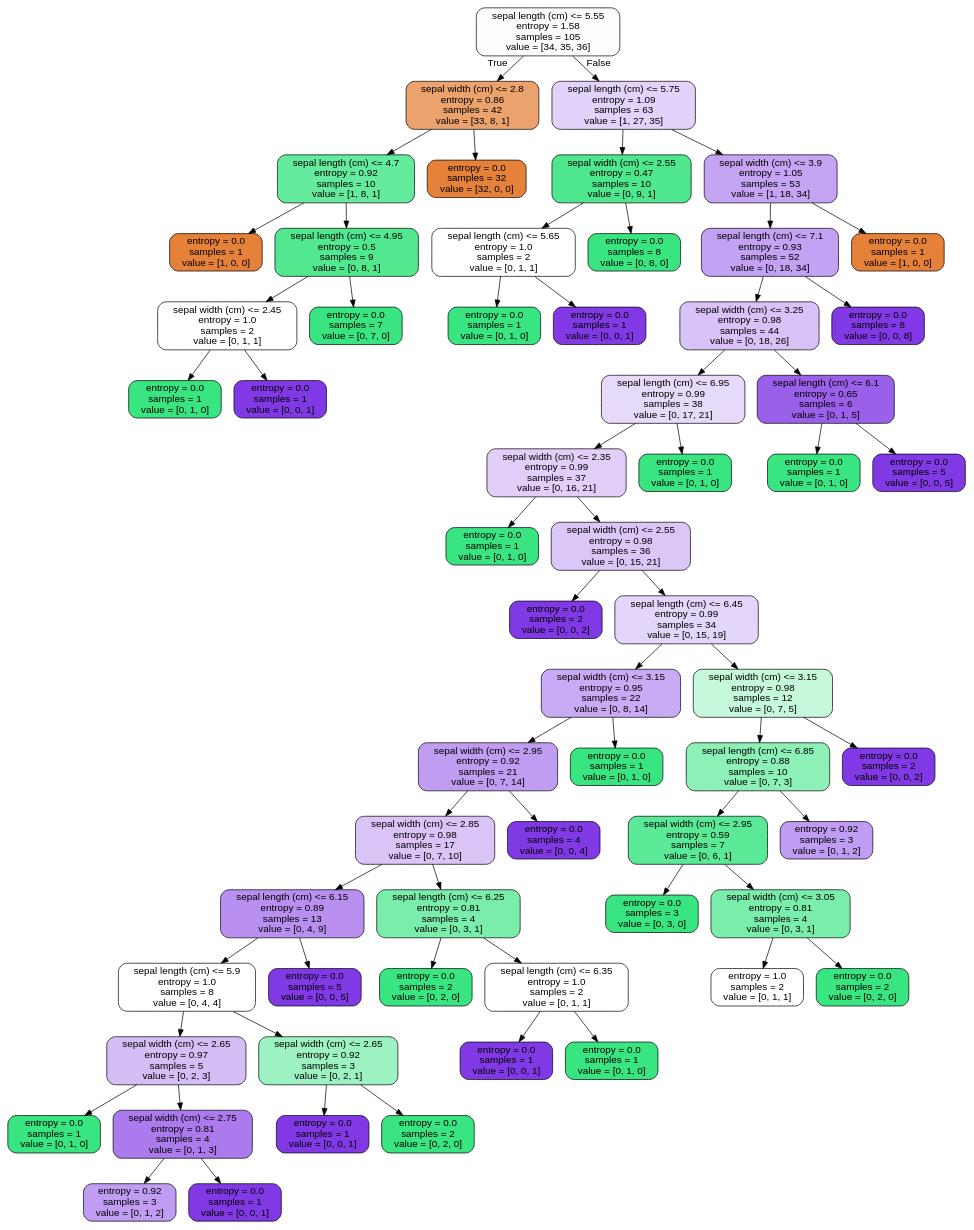
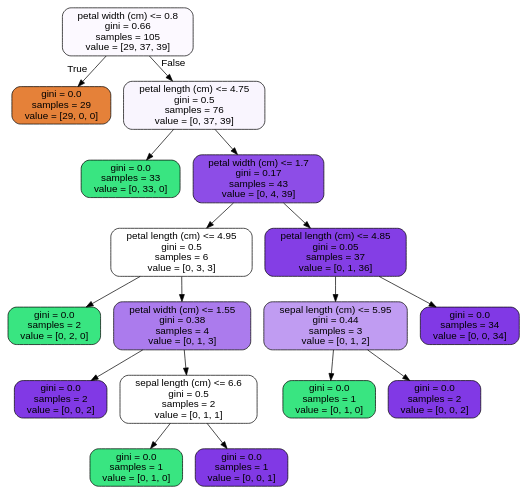
One commit to vahidghorbanian/Decision_Trees changed the diagram in tree.dot. Above: the diagram before and after it, drawn with Graphviz. The commit also changed 5 other files, not shown here.

```diff
--- a/tree.dot
+++ b/tree.dot
@@ -1,125 +1,37 @@
 digraph Tree {
 node [shape=box, style="filled, rounded", color="black", fontname=helvetica] ;
 edge [fontname=helvetica] ;
-0 [label="sepal length (cm) <= 5.55\nentropy = 1.58\nsamples = 105\nvalue = [34, 35, 36]", fillcolor="#8139e504"] ;
-1 [label="sepal width (cm) <= 2.8\nentropy = 0.86\nsamples = 42\nvalue = [33, 8, 1]", fillcolor="#e58139bc"] ;
+0 [label="petal width (cm) <= 0.8\ngini = 0.66\nsamples = 105\nvalue = [29, 37, 39]", fillcolor="#8139e507"] ;
+1 [label="gini = 0.0\nsamples = 29\nvalue = [29, 0, 0]", fillcolor="#e58139ff"] ;
 0 -> 1 [labeldistance=2.5, labelangle=45, headlabel="True"] ;
-2 [label="sepal length (cm) <= 4.7\nentropy = 0.92\nsamples = 10\nvalue = [1, 8, 1]", fillcolor="#39e581c6"] ;
-1 -> 2 ;
-3 [label="entropy = 0.0\nsamples = 1\nvalue = [1, 0, 0]", fillcolor="#e58139ff"] ;
+2 [label="petal length (cm) <= 4.75\ngini = 0.5\nsamples = 76\nvalue = [0, 37, 39]", fillcolor="#8139e50d"] ;
+0 -> 2 [labeldistance=2.5, labelangle=-45, headlabel="False"] ;
+3 [label="gini = 0.0\nsamples = 33\nvalue = [0, 33, 0]", fillcolor="#39e581ff"] ;
 2 -> 3 ;
-4 [label="sepal length (cm) <= 4.95\nentropy = 0.5\nsamples = 9\nvalue = [0, 8, 1]", fillcolor="#39e581df"] ;
+4 [label="petal width (cm) <= 1.7\ngini = 0.17\nsamples = 43\nvalue = [0, 4, 39]", fillcolor="#8139e5e5"] ;
 2 -> 4 ;
-5 [label="sepal width (cm) <= 2.45\nentropy = 1.0\nsamples = 2\nvalue = [0, 1, 1]", fillcolor="#39e58100"] ;
+5 [label="petal length (cm) <= 4.95\ngini = 0.5\nsamples = 6\nvalue = [0, 3, 3]", fillcolor="#39e58100"] ;
 4 -> 5 ;
-6 [label="entropy = 0.0\nsamples = 1\nvalue = [0, 1, 0]", fillcolor="#39e581ff"] ;
+6 [label="gini = 0.0\nsamples = 2\nvalue = [0, 2, 0]", fillcolor="#39e581ff"] ;
 5 -> 6 ;
-7 [label="entropy = 0.0\nsamples = 1\nvalue = [0, 0, 1]", fillcolor="#8139e5ff"] ;
+7 [label="petal width (cm) <= 1.55\ngini = 0.38\nsamples = 4\nvalue = [0, 1, 3]", fillcolor="#8139e5aa"] ;
 5 -> 7 ;
-8 [label="entropy = 0.0\nsamples = 7\nvalue = [0, 7, 0]", fillcolor="#39e581ff"] ;
-4 -> 8 ;
-9 [label="entropy = 0.0\nsamples = 32\nvalue = [32, 0, 0]", fillcolor="#e58139ff"] ;
-1 -> 9 ;
-10 [label="sepal length (cm) <= 5.75\nentropy = 1.09\nsamples = 63\nvalue = [1, 27, 35]", fillcolor="#8139e539"] ;
-0 -> 10 [labeldistance=2.5, labelangle=-45, headlabel="False"] ;
-11 [label="sepal width (cm) <= 2.55\nentropy = 0.47\nsamples = 10\nvalue = [0, 9, 1]", fillcolor="#39e581e3"] ;
-10 -> 11 ;
-12 [label="sepal length (cm) <= 5.65\nentropy = 1.0\nsamples = 2\nvalue = [0, 1, 1]", fillcolor="#39e58100"] ;
-11 -> 12 ;
-13 [label="entropy = 0.0\nsamples = 1\nvalue = [0, 1, 0]", fillcolor="#39e581ff"] ;
+8 [label="gini = 0.0\nsamples = 2\nvalue = [0, 0, 2]", fillcolor="#8139e5ff"] ;
+7 -> 8 ;
+9 [label="sepal length (cm) <= 6.6\ngini = 0.5\nsamples = 2\nvalue = [0, 1, 1]", fillcolor="#39e58100"] ;
+7 -> 9 ;
+10 [label="gini = 0.0\nsamples = 1\nvalue = [0, 1, 0]", fillcolor="#39e581ff"] ;
+9 -> 10 ;
+11 [label="gini = 0.0\nsamples = 1\nvalue = [0, 0, 1]", fillcolor="#8139e5ff"] ;
+9 -> 11 ;
+12 [label="petal length (cm) <= 4.85\ngini = 0.05\nsamples = 37\nvalue = [0, 1, 36]", fillcolor="#8139e5f8"] ;
+4 -> 12 ;
+13 [label="sepal length (cm) <= 5.95\ngini = 0.44\nsamples = 3\nvalue = [0, 1, 2]", fillcolor="#8139e57f"] ;
 12 -> 13 ;
-14 [label="entropy = 0.0\nsamples = 1\nvalue = [0, 0, 1]", fillcolor="#8139e5ff"] ;
-12 -> 14 ;
-15 [label="entropy = 0.0\nsamples = 8\nvalue = [0, 8, 0]", fillcolor="#39e581ff"] ;
-11 -> 15 ;
-16 [label="sepal width (cm) <= 3.9\nentropy = 1.05\nsamples = 53\nvalue = [1, 18, 34]", fillcolor="#8139e575"] ;
-10 -> 16 ;
-17 [label="sepal length (cm) <= 7.1\nentropy = 0.93\nsamples = 52\nvalue = [0, 18, 34]", fillcolor="#8139e578"] ;
-16 -> 17 ;
-18 [label="sepal width (cm) <= 3.25\nentropy = 0.98\nsamples = 44\nvalue = [0, 18, 26]", fillcolor="#8139e54e"] ;
-17 -> 18 ;
-19 [label="sepal length (cm) <= 6.95\nentropy = 0.99\nsamples = 38\nvalue = [0, 17, 21]", fillcolor="#8139e531"] ;
-18 -> 19 ;
-20 [label="sepal width (cm) <= 2.35\nentropy = 0.99\nsamples = 37\nvalue = [0, 16, 21]", fillcolor="#8139e53d"] ;
-19 -> 20 ;
-21 [label="entropy = 0.0\nsamples = 1\nvalue = [0, 1, 0]", fillcolor="#39e581ff"] ;
-20 -> 21 ;
-22 [label="sepal width (cm) <= 2.55\nentropy = 0.98\nsamples = 36\nvalue = [0, 15, 21]", fillcolor="#8139e549"] ;
-20 -> 22 ;
-23 [label="entropy = 0.0\nsamples = 2\nvalue = [0, 0, 2]", fillcolor="#8139e5ff"] ;
-22 -> 23 ;
-24 [label="sepal length (cm) <= 6.45\nentropy = 0.99\nsamples = 34\nvalue = [0, 15, 19]", fillcolor="#8139e536"] ;
-22 -> 24 ;
-25 [label="sepal width (cm) <= 3.15\nentropy = 0.95\nsamples = 22\nvalue = [0, 8, 14]", fillcolor="#8139e56d"] ;
-24 -> 25 ;
-26 [label="sepal width (cm) <= 2.95\nentropy = 0.92\nsamples = 21\nvalue = [0, 7, 14]", fillcolor="#8139e57f"] ;
-25 -> 26 ;
-27 [label="sepal width (cm) <= 2.85\nentropy = 0.98\nsamples = 17\nvalue = [0, 7, 10]", fillcolor="#8139e54d"] ;
-26 -> 27 ;
-28 [label="sepal length (cm) <= 6.15\nentropy = 0.89\nsamples = 13\nvalue = [0, 4, 9]", fillcolor="#8139e58e"] ;
-27 -> 28 ;
-29 [label="sepal length (cm) <= 5.9\nentropy = 1.0\nsamples = 8\nvalue = [0, 4, 4]", fillcolor="#39e58100"] ;
-28 -> 29 ;
-30 [label="sepal width (cm) <= 2.65\nentropy = 0.97\nsamples = 5\nvalue = [0, 2, 3]", fillcolor="#8139e555"] ;
-29 -> 30 ;
-31 [label="entropy = 0.0\nsamples = 1\nvalue = [0, 1, 0]", fillcolor="#39e581ff"] ;
-30 -> 31 ;
-32 [label="sepal width (cm) <= 2.75\nentropy = 0.81\nsamples = 4\nvalue = [0, 1, 3]", fillcolor="#8139e5aa"] ;
-30 -> 32 ;
-33 [label="entropy = 0.92\nsamples = 3\nvalue = [0, 1, 2]", fillcolor="#8139e57f"] ;
-32 -> 33 ;
-34 [label="entropy = 0.0\nsamples = 1\nvalue = [0, 0, 1]", fillcolor="#8139e5ff"] ;
-32 -> 34 ;
-35 [label="sepal width (cm) <= 2.65\nentropy = 0.92\nsamples = 3\nvalue = [0, 2, 1]", fillcolor="#39e5817f"] ;
-29 -> 35 ;
-36 [label="entropy = 0.0\nsamples = 1\nvalue = [0, 0, 1]", fillcolor="#8139e5ff"] ;
-35 -> 36 ;
-37 [label="entropy = 0.0\nsamples = 2\nvalue = [0, 2, 0]", fillcolor="#39e581ff"] ;
-35 -> 37 ;
-38 [label="entropy = 0.0\nsamples = 5\nvalue = [0, 0, 5]", fillcolor="#8139e5ff"] ;
-28 -> 38 ;
-39 [label="sepal length (cm) <= 6.25\nentropy = 0.81\nsamples = 4\nvalue = [0, 3, 1]", fillcolor="#39e581aa"] ;
-27 -> 39 ;
-40 [label="entropy = 0.0\nsamples = 2\nvalue = [0, 2, 0]", fillcolor="#39e581ff"] ;
-39 -> 40 ;
-41 [label="sepal length (cm) <= 6.35\nentropy = 1.0\nsamples = 2\nvalue = [0, 1, 1]", fillcolor="#39e58100"] ;
-39 -> 41 ;
-42 [label="entropy = 0.0\nsamples = 1\nvalue = [0, 0, 1]", fillcolor="#8139e5ff"] ;
-41 -> 42 ;
-43 [label="entropy = 0.0\nsamples = 1\nvalue = [0, 1, 0]", fillcolor="#39e581ff"] ;
-41 -> 43 ;
-44 [label="entropy = 0.0\nsamples = 4\nvalue = [0, 0, 4]", fillcolor="#8139e5ff"] ;
-26 -> 44 ;
-45 [label="entropy = 0.0\nsamples = 1\nvalue = [0, 1, 0]", fillcolor="#39e581ff"] ;
-25 -> 45 ;
-46 [label="sepal width (cm) <= 3.15\nentropy = 0.98\nsamples = 12\nvalue = [0, 7, 5]", fillcolor="#39e58149"] ;
-24 -> 46 ;
-47 [label="sepal length (cm) <= 6.85\nentropy = 0.88\nsamples = 10\nvalue = [0, 7, 3]", fillcolor="#39e58192"] ;
-46 -> 47 ;
-48 [label="sepal width (cm) <= 2.95\nentropy = 0.59\nsamples = 7\nvalue = [0, 6, 1]", fillcolor="#39e581d4"] ;
-47 -> 48 ;
-49 [label="entropy = 0.0\nsamples = 3\nvalue = [0, 3, 0]", fillcolor="#39e581ff"] ;
-48 -> 49 ;
-50 [label="sepal width (cm) <= 3.05\nentropy = 0.81\nsamples = 4\nvalue = [0, 3, 1]", fillcolor="#39e581aa"] ;
-48 -> 50 ;
-51 [label="entropy = 1.0\nsamples = 2\nvalue = [0, 1, 1]", fillcolor="#39e58100"] ;
-50 -> 51 ;
-52 [label="entropy = 0.0\nsamples = 2\nvalue = [0, 2, 0]", fillcolor="#39e581ff"] ;
-50 -> 52 ;
-53 [label="entropy = 0.92\nsamples = 3\nvalue = [0, 1, 2]", fillcolor="#8139e57f"] ;
-47 -> 53 ;
-54 [label="entropy = 0.0\nsamples = 2\nvalue = [0, 0, 2]", fillcolor="#8139e5ff"] ;
-46 -> 54 ;
-55 [label="entropy = 0.0\nsamples = 1\nvalue = [0, 1, 0]", fillcolor="#39e581ff"] ;
-19 -> 55 ;
-56 [label="sepal length (cm) <= 6.1\nentropy = 0.65\nsamples = 6\nvalue = [0, 1, 5]", fillcolor="#8139e5cc"] ;
-18 -> 56 ;
-57 [label="entropy = 0.0\nsamples = 1\nvalue = [0, 1, 0]", fillcolor="#39e581ff"] ;
-56 -> 57 ;
-58 [label="entropy = 0.0\nsamples = 5\nvalue = [0, 0, 5]", fillcolor="#8139e5ff"] ;
-56 -> 58 ;
-59 [label="entropy = 0.0\nsamples = 8\nvalue = [0, 0, 8]", fillcolor="#8139e5ff"] ;
-17 -> 59 ;
-60 [label="entropy = 0.0\nsamples = 1\nvalue = [1, 0, 0]", fillcolor="#e58139ff"] ;
-16 -> 60 ;
+14 [label="gini = 0.0\nsamples = 1\nvalue = [0, 1, 0]", fillcolor="#39e581ff"] ;
+13 -> 14 ;
+15 [label="gini = 0.0\nsamples = 2\nvalue = [0, 0, 2]", fillcolor="#8139e5ff"] ;
+13 -> 15 ;
+16 [label="gini = 0.0\nsamples = 34\nvalue = [0, 0, 34]", fillcolor="#8139e5ff"] ;
+12 -> 16 ;
 }
```
